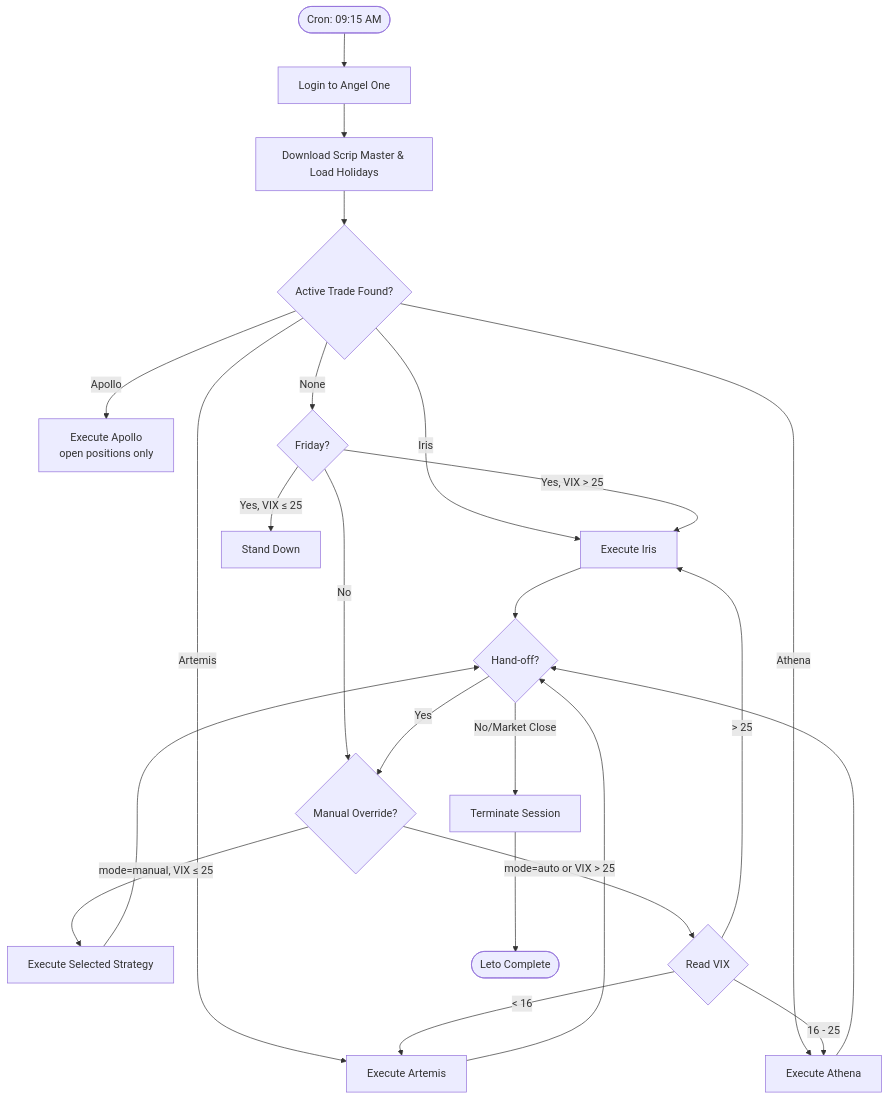
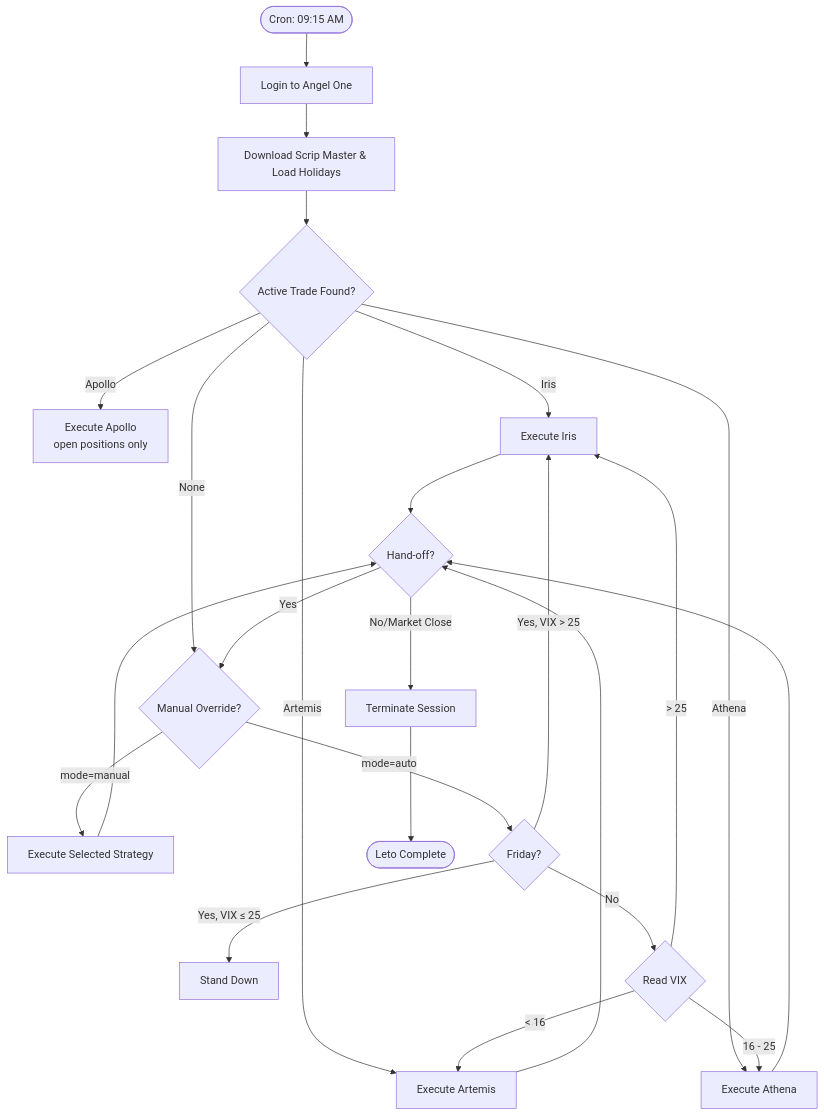
The diagram in README.md (parijnan/algo-trading-lab), drawn with Mermaid before and after one commit. The commit also changed other lines of this file and 1 other file, not shown here.

Commit message:
README: fix routing flowchart and Athena PE wing flowchart
leto README:
- Override check now shown before Friday check in Mermaid diagram
- Override edge label no longer carries VIX condition
- Routing steps renumbered; override step moved to priority 5 (any day)

athena_production README:
- Entry node no longer shows PE wing (ENABLE_SAFETY_WINGS=False; no wing at entry)
- Monitoring loop now shows reactive PE wing trigger and exit edges
- Parachute trigger label updated to match actual condition (CE Strike + 150)

````diff
--- a/README.md
+++ b/README.md
@@ -112,26 +112,26 @@
 ```mermaid
 graph TD
     Start([Cron: 09:15 AM]) --> Login[Login to Angel One]
     Login --> Setup[Download Scrip Master & Load Holidays]
     Setup --> CheckState{Active Trade Found?}
 
     CheckState -- Apollo --> RunApollo[Execute Apollo<br/>open positions only]
     CheckState -- Iris --> RunIris[Execute Iris]
     CheckState -- Athena --> RunAthena[Execute Athena]
     CheckState -- Artemis --> RunArtemis[Execute Artemis]
 
-    CheckState -- None --> FridayCheck{Friday?}
+    CheckState -- None --> OverrideCheck{Manual Override?}
+    OverrideCheck -- "mode=manual" --> RunOverride[Execute Selected Strategy]
+    OverrideCheck -- "mode=auto" --> FridayCheck{Friday?}
     FridayCheck -- "Yes, VIX > 25" --> RunIris
     FridayCheck -- "Yes, VIX ≤ 25" --> StandDown[Stand Down]
-    FridayCheck -- No --> OverrideCheck{Manual Override?}
-    OverrideCheck -- "mode=manual, VIX ≤ 25" --> RunOverride[Execute Selected Strategy]
-    OverrideCheck -- "mode=auto or VIX > 25" --> VIXCheck{Read VIX}
+    FridayCheck -- No --> VIXCheck{Read VIX}
     VIXCheck -- "< 16" --> RunArtemis
     VIXCheck -- "16 - 25" --> RunAthena
     VIXCheck -- "> 25" --> RunIris
 
     RunIris & RunAthena & RunArtemis & RunOverride --> Result{Hand-off?}
     Result -- Yes --> OverrideCheck
     Result -- No/Market Close --> Logout[Terminate Session]
     Logout --> End([Leto Complete])
 ```
````
